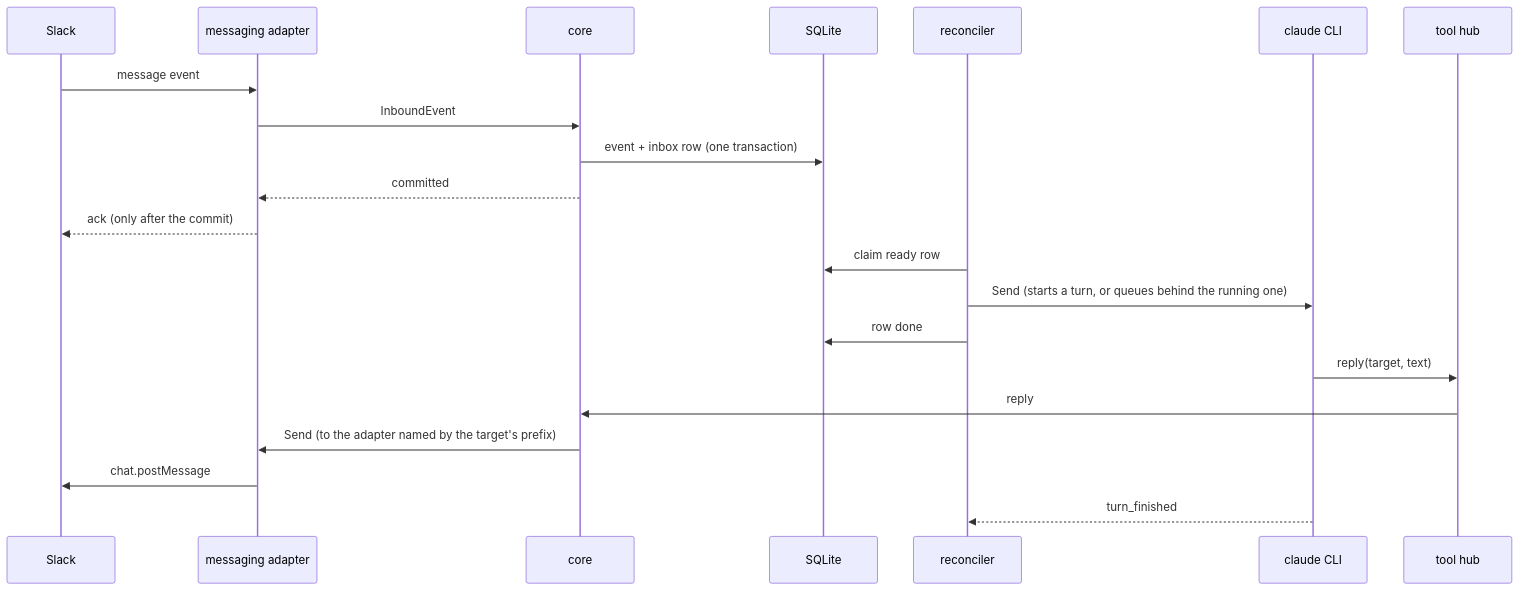
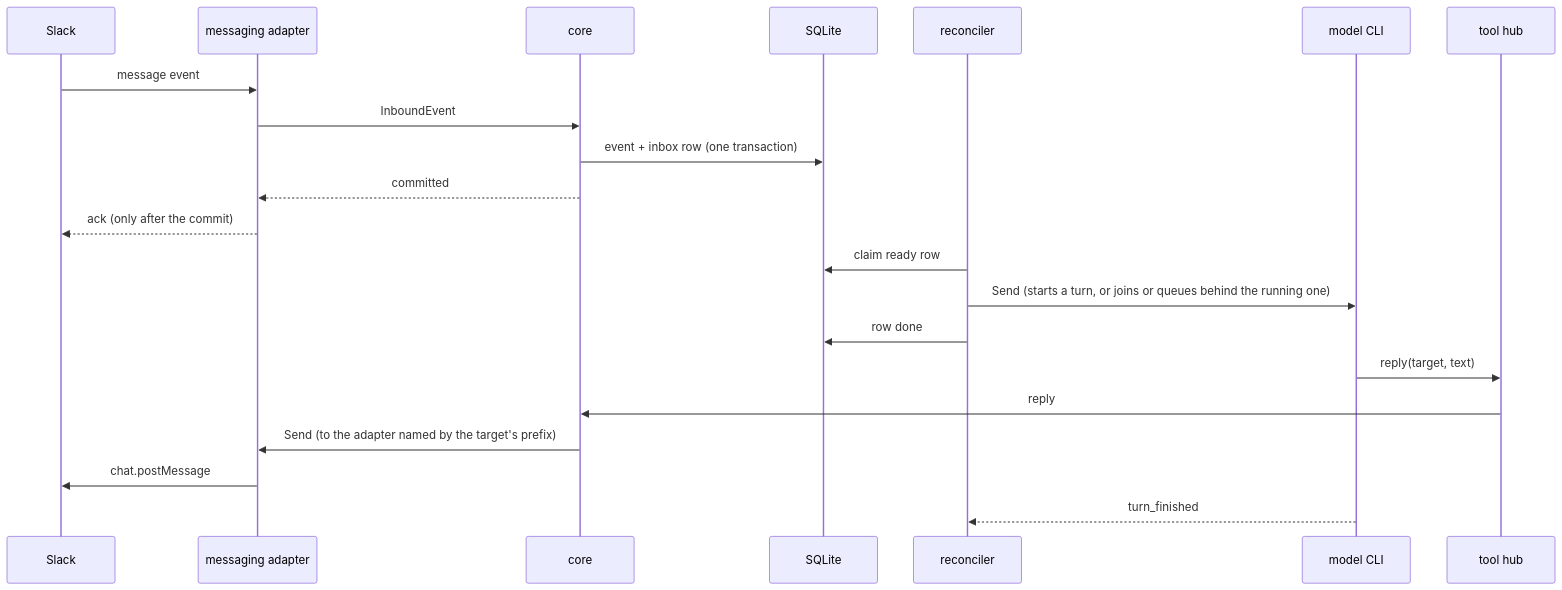
Before and after one commit to motoki317/noctiluca: the second of 2 diagrams in docs/architecture.md, drawn with Mermaid. The commit also changed other lines of this file and 4 other files, not shown here.

First line of the commit message:
docs: describe running on the Codex CLI

````diff
--- a/docs/architecture.md
+++ b/docs/architecture.md
@@ -28,23 +28,23 @@
 ```mermaid
 sequenceDiagram
   participant S as Slack
   participant A as messaging adapter
   participant C as core
   participant D as SQLite
   participant R as reconciler
-  participant M as claude CLI
+  participant M as model CLI
   participant H as tool hub
   S->>A: message event
   A->>C: InboundEvent
   C->>D: event + inbox row (one transaction)
   C-->>A: committed
   A-->>S: ack (only after the commit)
   R->>D: claim ready row
-  R->>M: Send (starts a turn, or queues behind the running one)
+  R->>M: Send (starts a turn, or joins or queues behind the running one)
   R->>D: row done
   M->>H: reply(target, text)
   H->>C: reply
   C->>A: Send (to the adapter named by the target's prefix)
   A->>S: chat.postMessage
   M-->>R: turn_finished
 ```
````
